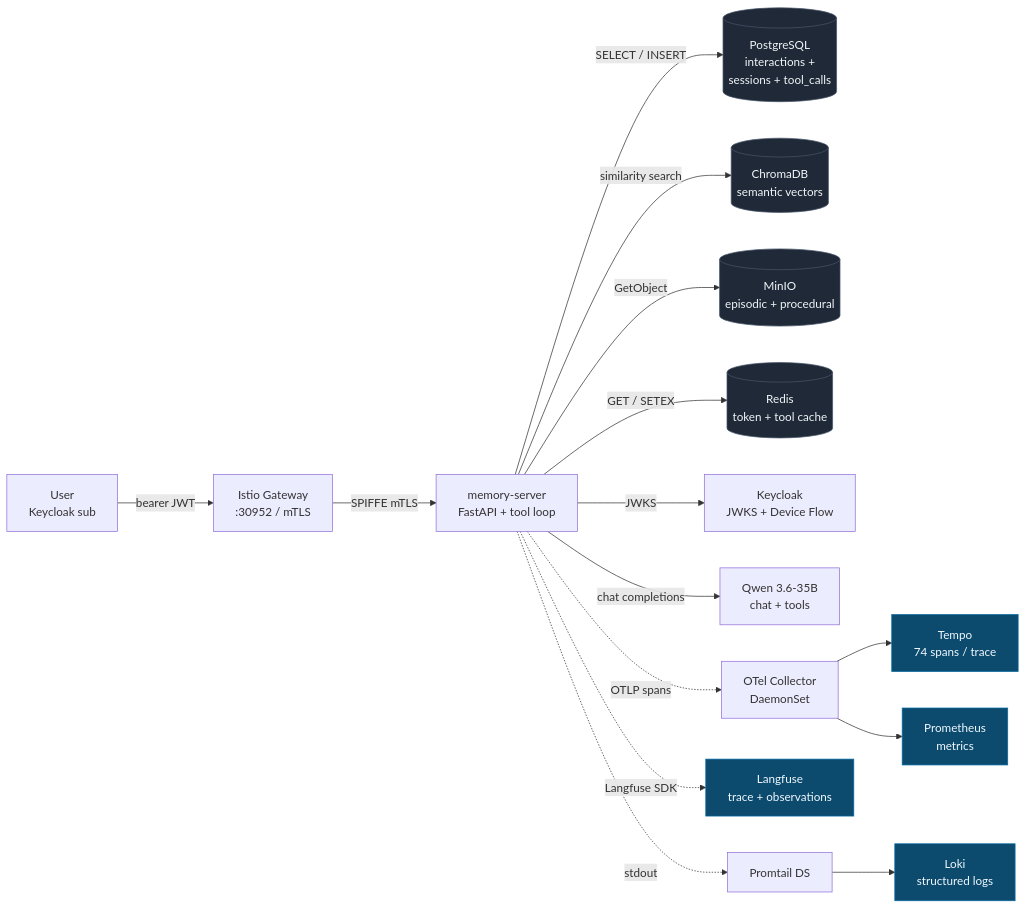
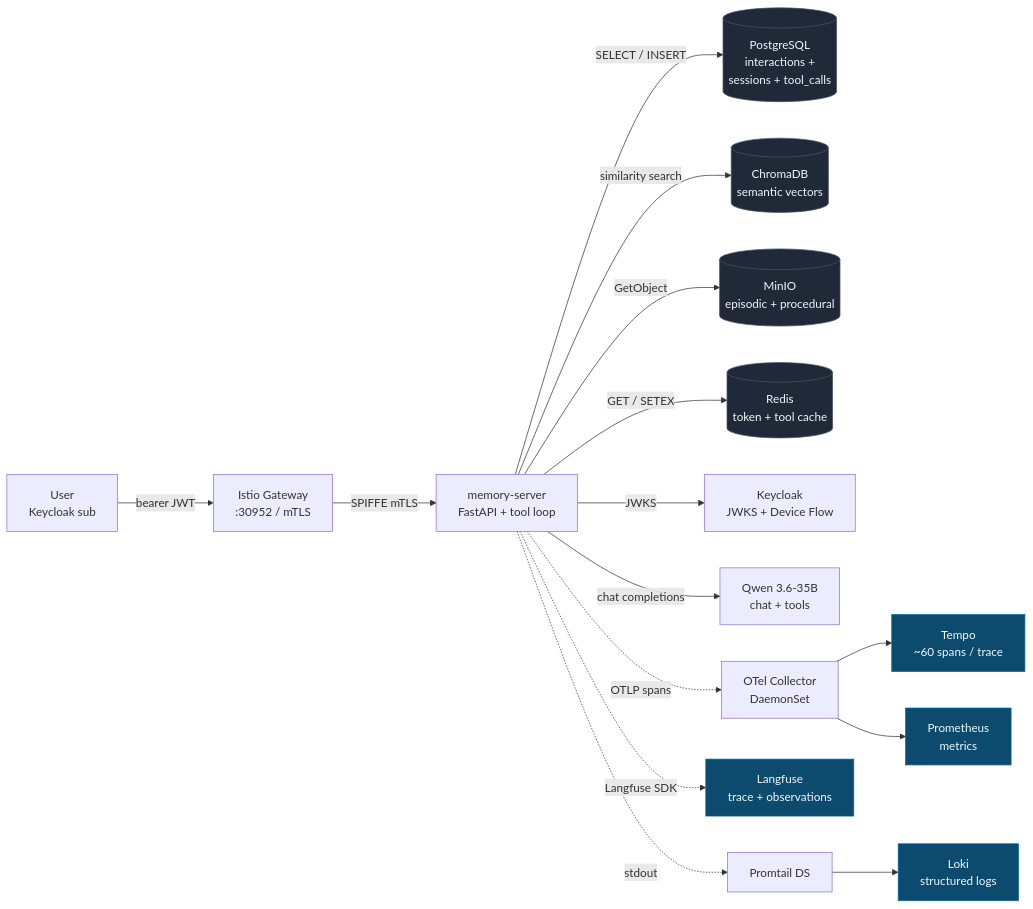
The first of 4 diagrams in docs/reconstructibility-walkthrough.md (lfdesousa/AuditTrace-AI), drawn with Mermaid before and after one commit. The commit also changed other lines of this file and 9 other files, not shown here.

````diff
--- a/docs/reconstructibility-walkthrough.md
+++ b/docs/reconstructibility-walkthrough.md
@@ -11,33 +11,33 @@
 ```mermaid
 flowchart LR
     User["User<br/>Keycloak sub"]
     Gateway["Istio Gateway<br/>:30952 / mTLS"]
     Server["memory-server<br/>FastAPI + tool loop"]
     PG[("PostgreSQL<br/>interactions +<br/>sessions + tool_calls")]
     Chroma[("ChromaDB<br/>semantic vectors")]
     Minio[("MinIO<br/>episodic + procedural")]
     Redis[("Redis<br/>token + tool cache")]
     Kc["Keycloak<br/>JWKS + Device Flow"]
     Qwen["Qwen 3.6-35B<br/>chat + tools"]
 
     User -->|bearer JWT| Gateway
     Gateway -->|SPIFFE mTLS| Server
     Server -->|JWKS| Kc
     Server -->|SELECT / INSERT| PG
     Server -->|similarity search| Chroma
     Server -->|GetObject| Minio
     Server -->|GET / SETEX| Redis
     Server -->|chat completions| Qwen
 
     Server -. OTLP spans .-> OTel["OTel Collector<br/>DaemonSet"]
     Server -. Langfuse SDK .-> Langfuse["Langfuse<br/>trace + observations"]
-    OTel --> Tempo["Tempo<br/>74 spans / trace"]
+    OTel --> Tempo["Tempo<br/>~60 spans / trace"]
     OTel --> Prom["Prometheus<br/>metrics"]
     Server -.stdout.-> Promtail["Promtail DS"]
     Promtail --> Loki["Loki<br/>structured logs"]
 
     classDef store fill:#1f2937,stroke:#475569,color:#f1f5f9
     classDef sink fill:#0c4a6e,stroke:#0369a1,color:#f0f9ff
     class PG,Chroma,Minio,Redis store
     class Langfuse,Tempo,Prom,Loki sink
 ```
````
